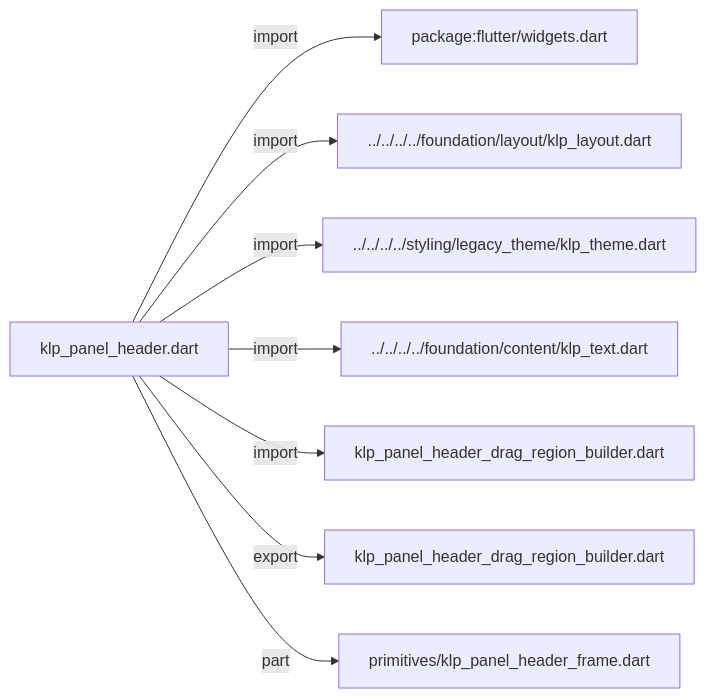
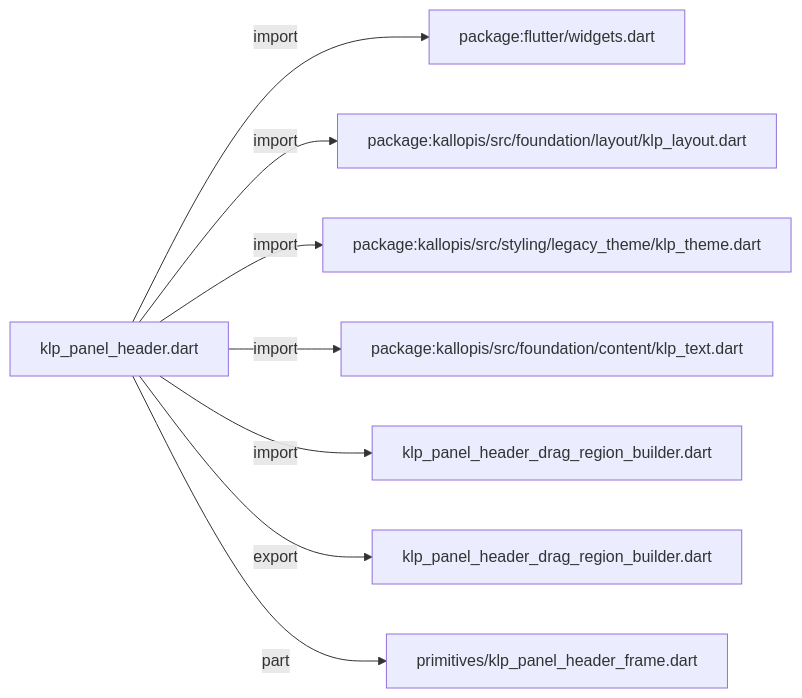
One commit to MiuDog/Kallopis changed the first of 3 diagrams in docs/architecture/src/features/workspace/shell/panel/klp_panel_header.md. Above: the diagram before and after it, drawn with Mermaid. The commit also changed other lines of this file and 9688 other files, not shown here.

Commit message:
Prepare isolated Flow F2 peer baseline

````diff
--- a/docs/architecture/src/features/workspace/shell/panel/klp_panel_header.md
+++ b/docs/architecture/src/features/workspace/shell/panel/klp_panel_header.md
@@ -11,18 +11,18 @@
 ```mermaid
 flowchart LR
 	n0["klp_panel_header.dart"]
 	n1["package:flutter/widgets.dart"]
-	n2["../../../../foundation/layout/klp_layout.dart"]
-	n3["../../../../styling/legacy_theme/klp_theme.dart"]
-	n4["../../../../foundation/content/klp_text.dart"]
+	n2["package:kallopis/src/foundation/layout/klp_layout.dart"]
+	n3["package:kallopis/src/styling/legacy_theme/klp_theme.dart"]
+	n4["package:kallopis/src/foundation/content/klp_text.dart"]
 	n5["klp_panel_header_drag_region_builder.dart"]
 	n6["klp_panel_header_drag_region_builder.dart"]
 	n7["primitives/klp_panel_header_frame.dart"]
 	n0 -->|"import"| n1
 	n0 -->|"import"| n2
 	n0 -->|"import"| n3
 	n0 -->|"import"| n4
 	n0 -->|"import"| n5
 	n0 -->|"export"| n6
 	n0 -->|"part"| n7
 ```
````
